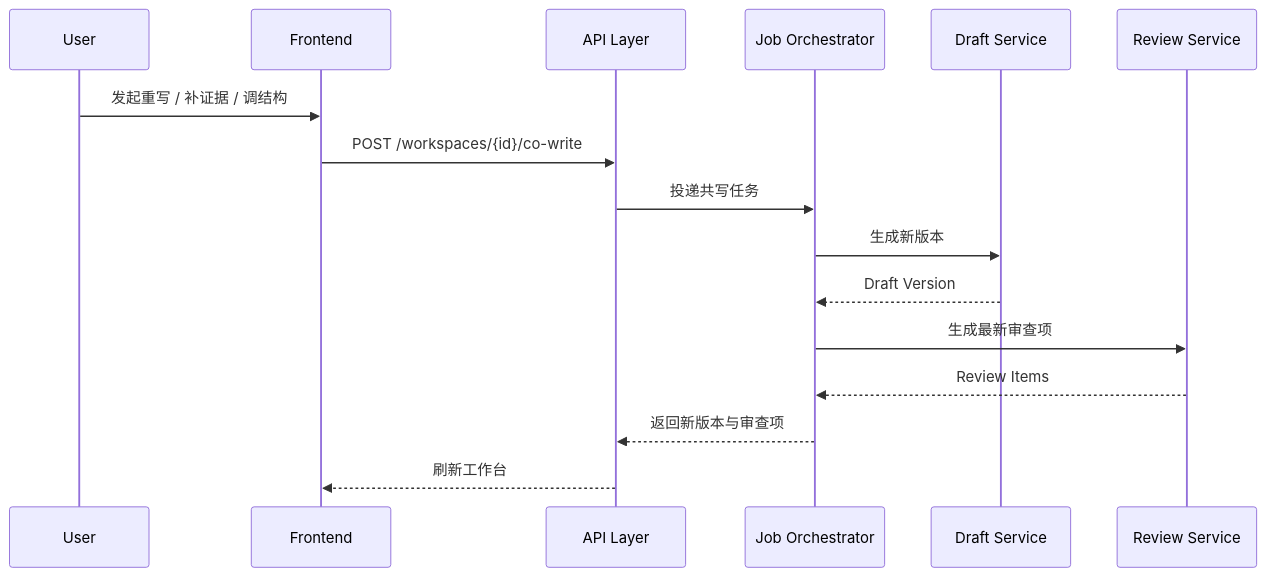
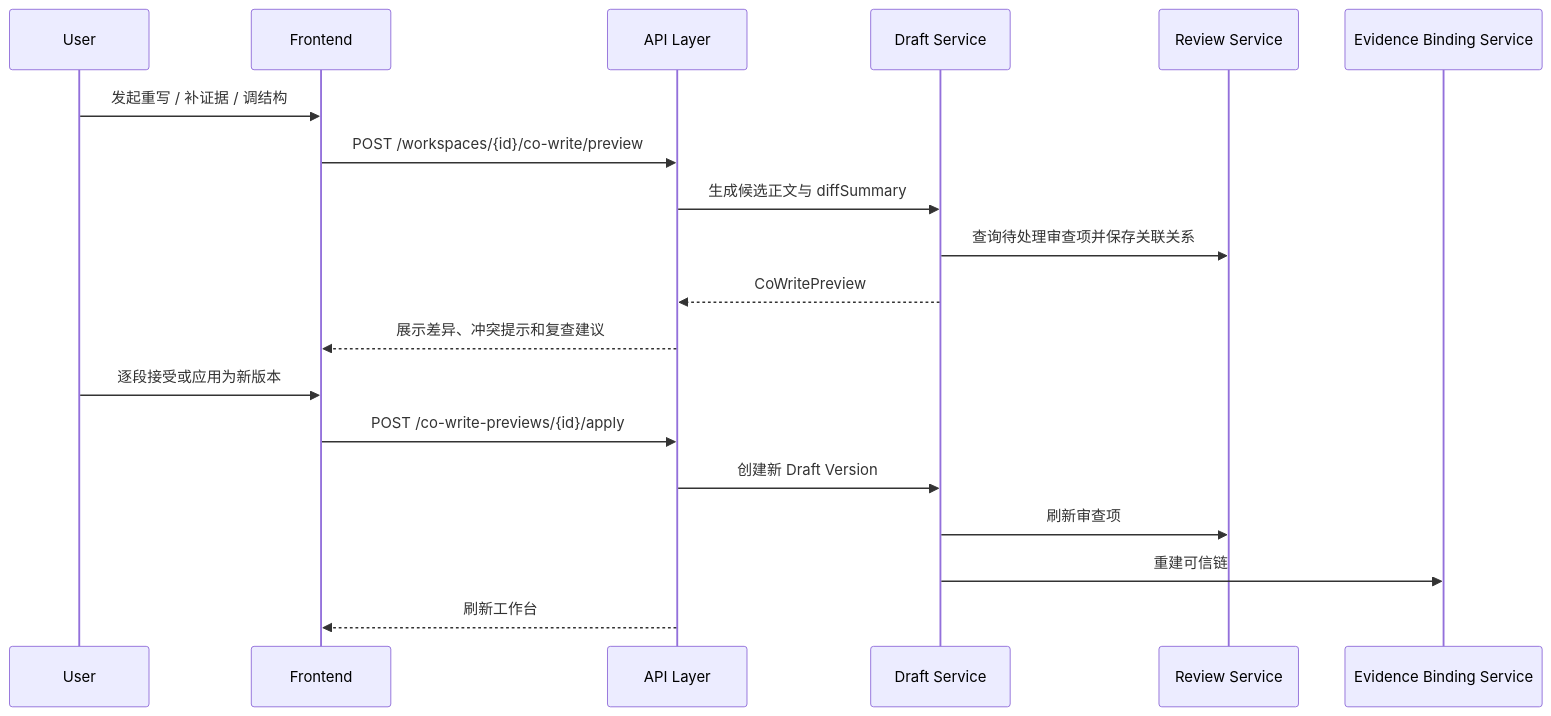
One commit to wuyu222dii/AI-Product changed the fourth of 7 diagrams in docs/engineering/backend_service_spec.md. Above: the diagram before and after it, drawn with Mermaid. The commit also changed other lines of this file and 35 other files, not shown here.

````diff
--- a/docs/engineering/backend_service_spec.md
+++ b/docs/engineering/backend_service_spec.md
@@ -564,19 +582,22 @@
 ```mermaid
 sequenceDiagram
     participant U as User
     participant FE as Frontend
     participant API as API Layer
-    participant JOB as Job Orchestrator
     participant DFT as Draft Service
     participant REV as Review Service
+    participant EVI as Evidence Binding Service
 
     U->>FE: 发起重写 / 补证据 / 调结构
-    FE->>API: POST /workspaces/{id}/co-write
-    API->>JOB: 投递共写任务
-    JOB->>DFT: 生成新版本
-    DFT-->>JOB: Draft Version
-    JOB->>REV: 生成最新审查项
-    REV-->>JOB: Review Items
-    JOB-->>API: 返回新版本与审查项
+    FE->>API: POST /workspaces/{id}/co-write/preview
+    API->>DFT: 生成候选正文与 diffSummary
+    DFT->>REV: 查询待处理审查项并保存关联关系
+    DFT-->>API: CoWritePreview
+    API-->>FE: 展示差异、冲突提示和复查建议
+    U->>FE: 逐段接受或应用为新版本
+    FE->>API: POST /co-write-previews/{id}/apply
+    API->>DFT: 创建新 Draft Version
+    DFT->>REV: 刷新审查项
+    DFT->>EVI: 重建可信链
     API-->>FE: 刷新工作台
 ```
````
